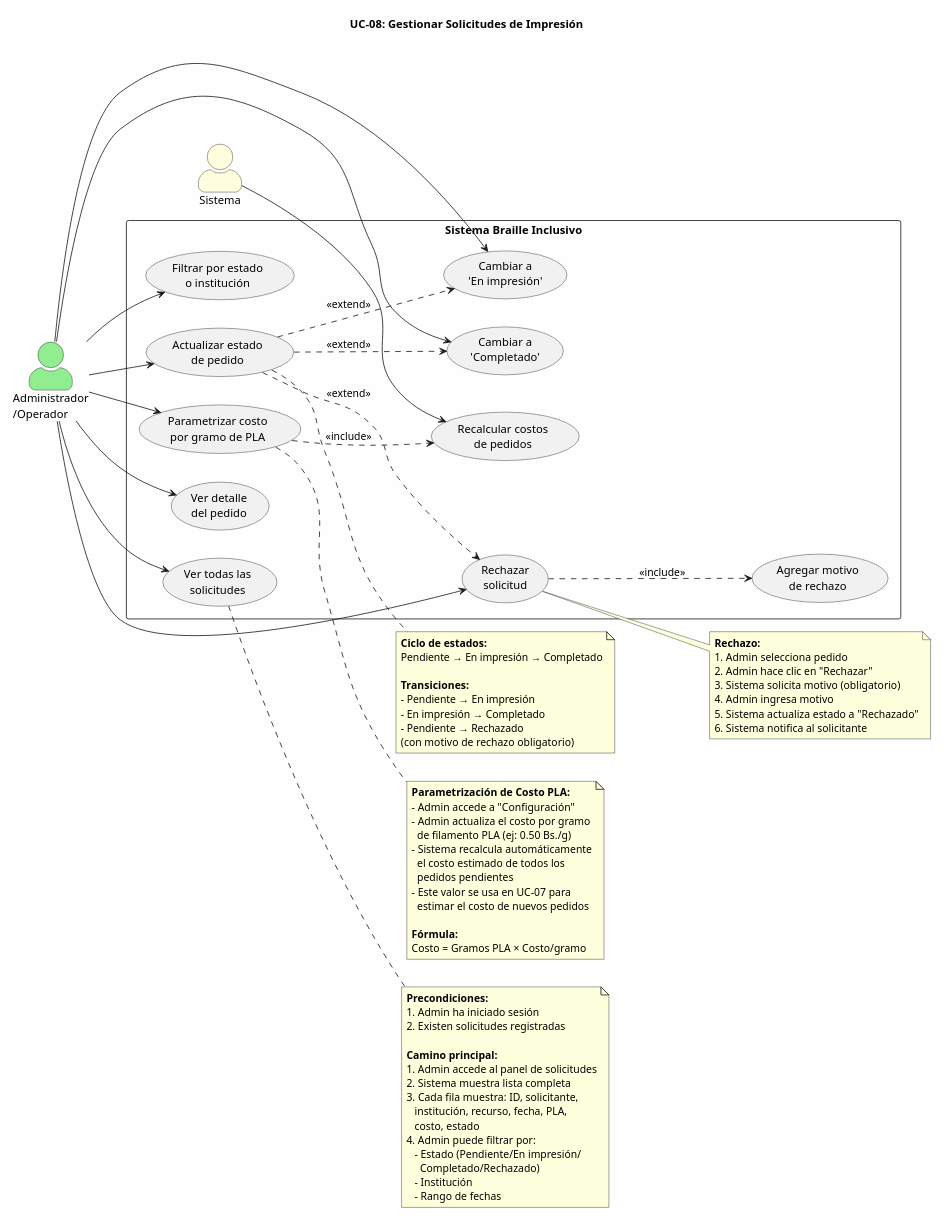
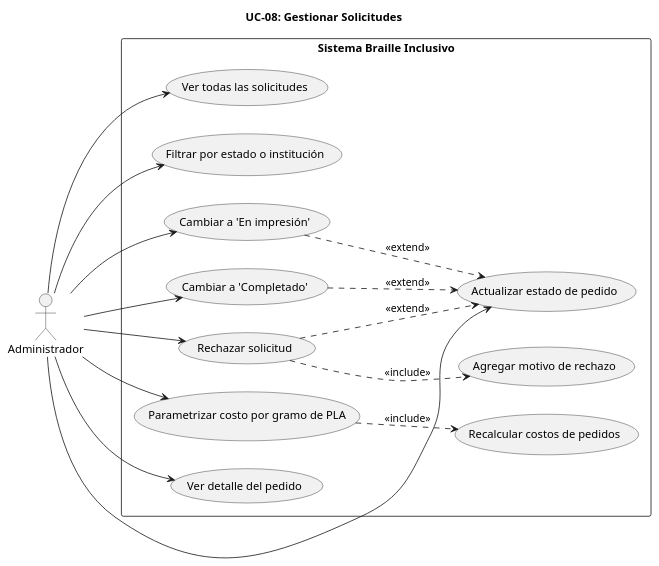
Before and after one commit to ArlTechDev/sistema-3d-inclusivo: the diagram in docs/casos_de_uso/plantuml/UC08_gestionar_solicitudes.puml, drawn with PlantUML. The commit also changed 53 other files, not shown here.

Commit message:
docs(casos): diagramas UML 2.5 académicos B/N (extend corregido, sin actor Sistema, escenarios fuera) + PNG/SVG

```diff
--- a/docs/casos_de_uso/plantuml/UC08_gestionar_solicitudes.puml
+++ b/docs/casos_de_uso/plantuml/UC08_gestionar_solicitudes.puml
@@ -1,110 +1,40 @@
 @startuml UC08_Gestionar_Solicitudes
-' =============================================
-' UC-08: Gestionar Solicitudes
-' Módulo 3: Gestión de Pedidos y Costos de Producción
-' Actor: Administrador/Operador
-' Incluye: Parametrización del costo por gramo de PLA
-' =============================================
+title UC-08: Gestionar Solicitudes
+
+skinparam monochrome true
+skinparam shadowing false
+skinparam backgroundColor white
 
 left to right direction
-skinparam actorStyle awesome
-skinparam packageStyle rectangle
-skinparam backgroundColor #FEFEFE
-skinparam shadowing false
 
-title UC-08: Gestionar Solicitudes de Impresión
+actor "Administrador" as A
 
-' === ACTORES ===
-actor "Administrador\n/Operador" as A #LightGreen
-actor "Sistema" as SYS #LightYellow
-
-' === SISTEMA ===
 rectangle "Sistema Braille Inclusivo" {
-
-    usecase "Ver todas las\nsolicitudes" as UC08a
-    usecase "Filtrar por estado\no institución" as UC08b
-    usecase "Actualizar estado\nde pedido" as UC08c
-    usecase "Cambiar a\n'En impresión'" as UC08d
-    usecase "Cambiar a\n'Completado'" as UC08e
-    usecase "Rechazar\nsolicitud" as UC08f
-    usecase "Parametrizar costo\npor gramo de PLA" as UC08g
-    usecase "Recalcular costos\nde pedidos" as UC08h
-    usecase "Ver detalle\ndel pedido" as UC08i
-    usecase "Agregar motivo\nde rechazo" as UC08j
-
+    usecase "Ver todas las solicitudes" as UC08a
+    usecase "Filtrar por estado o institución" as UC08b
+    usecase "Actualizar estado de pedido" as UC08c
+    usecase "Cambiar a 'En impresión'" as UC08d
+    usecase "Cambiar a 'Completado'" as UC08e
+    usecase "Rechazar solicitud" as UC08f
+    usecase "Parametrizar costo por gramo de PLA" as UC08g
+    usecase "Recalcular costos de pedidos" as UC08h
+    usecase "Ver detalle del pedido" as UC08i
+    usecase "Agregar motivo de rechazo" as UC08j
 }
 
-' === CONEXIONES ===
 A --> UC08a
 A --> UC08b
 A --> UC08c
 A --> UC08d
 A --> UC08e
 A --> UC08f
 A --> UC08g
 A --> UC08i
 
-UC08c ..> UC08d : <<extend>>
-UC08c ..> UC08e : <<extend>>
-UC08c ..> UC08f : <<extend>>
+UC08d ..> UC08c : <<extend>>
+UC08e ..> UC08c : <<extend>>
+UC08f ..> UC08c : <<extend>>
 UC08f ..> UC08j : <<include>>
 UC08g ..> UC08h : <<include>>
 
-SYS --> UC08h
-
-' === NOTAS ===
-note right of UC08a
-  **Precondiciones:**
-  1. Admin ha iniciado sesión
-  2. Existen solicitudes registradas
-
-  **Camino principal:**
-  1. Admin accede al panel de solicitudes
-  2. Sistema muestra lista completa
-  3. Cada fila muestra: ID, solicitante,
-     institución, recurso, fecha, PLA,
-     costo, estado
-  4. Admin puede filtrar por:
-     - Estado (Pendiente/En impresión/
-       Completado/Rechazado)
-     - Institución
-     - Rango de fechas
-end note
-
-note right of UC08c
-  **Ciclo de estados:**
-  Pendiente → En impresión → Completado
-
-  **Transiciones:**
-  - Pendiente → En impresión
-  - En impresión → Completado
-  - Pendiente → Rechazado
-  (con motivo de rechazo obligatorio)
-end note
-
-note right of UC08g
-  **Parametrización de Costo PLA:**
-  - Admin accede a "Configuración"
-  - Admin actualiza el costo por gramo
-    de filamento PLA (ej: 0.50 Bs./g)
-  - Sistema recalcula automáticamente
-    el costo estimado de todos los
-    pedidos pendientes
-  - Este valor se usa en UC-07 para
-    estimar el costo de nuevos pedidos
-
-  **Fórmula:**
-  Costo = Gramos PLA × Costo/gramo
-end note
-
-note right of UC08f
-  **Rechazo:**
-  1. Admin selecciona pedido
-  2. Admin hace clic en "Rechazar"
-  3. Sistema solicita motivo (obligatorio)
-  4. Admin ingresa motivo
-  5. Sistema actualiza estado a "Rechazado"
-  6. Sistema notifica al solicitante
-end note
-
 @enduml
```
